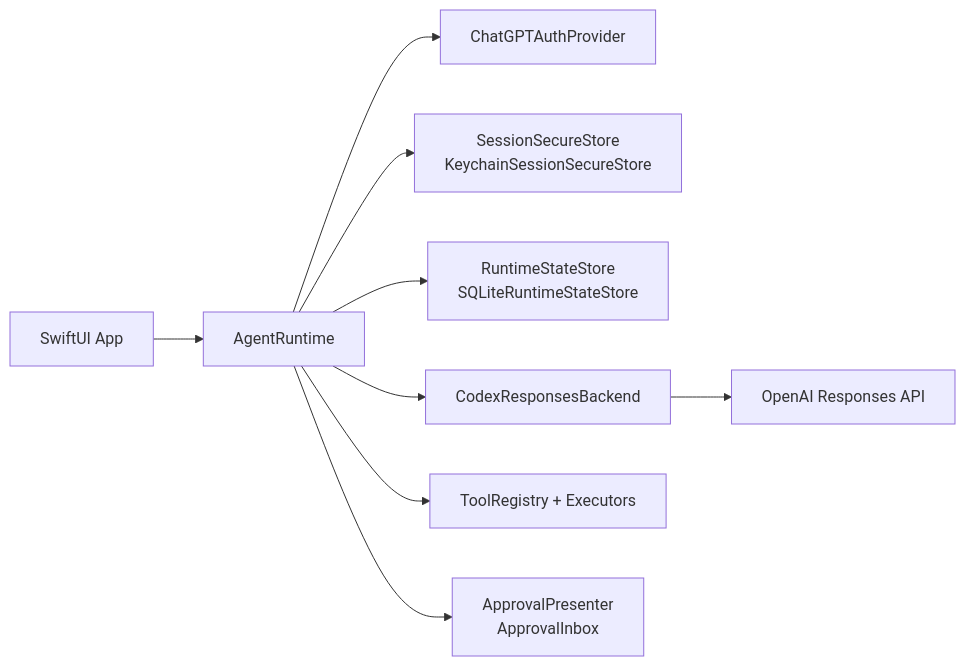
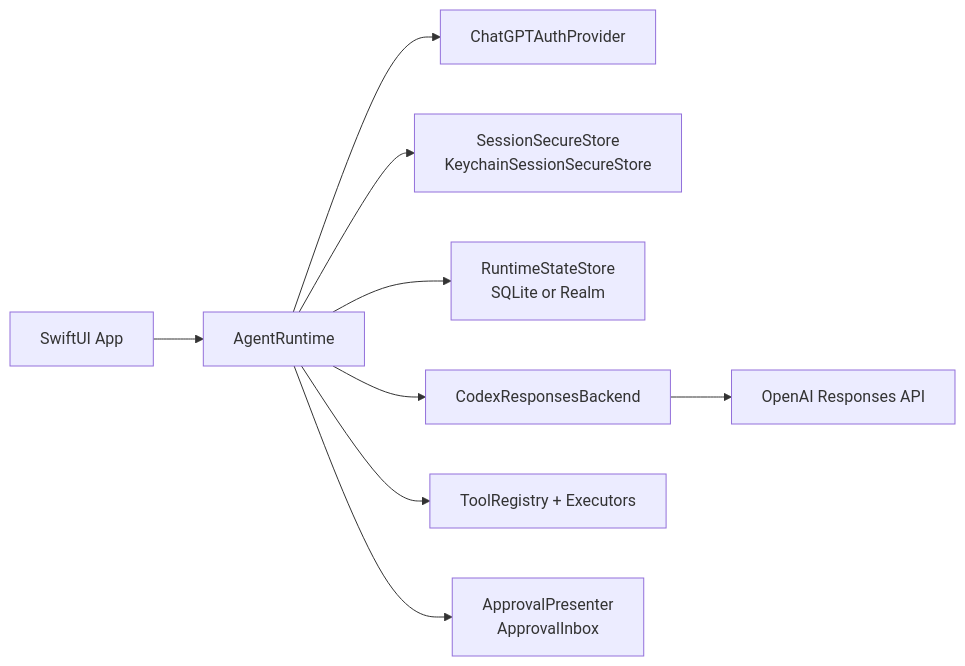
One commit to timazed/CodexKit changed the diagram in README.md. Above: the diagram before and after it, drawn with Mermaid. The commit also changed other lines of this file and 153 other files, not shown here.

````diff
--- a/README.md
+++ b/README.md
@@ -191,11 +234,11 @@
 ```mermaid
 flowchart LR
     A["SwiftUI App"] --> B["AgentRuntime"]
     B --> C["ChatGPTAuthProvider"]
     B --> D["SessionSecureStore<br/>KeychainSessionSecureStore"]
-    B --> E["RuntimeStateStore<br/>SQLiteRuntimeStateStore"]
+    B --> E["RuntimeStateStore<br/>SQLite or Realm"]
     B --> F["CodexResponsesBackend"]
     B --> G["ToolRegistry + Executors"]
     B --> H["ApprovalPresenter<br/>ApprovalInbox"]
     F --> I["OpenAI Responses API"]
 ```
````
